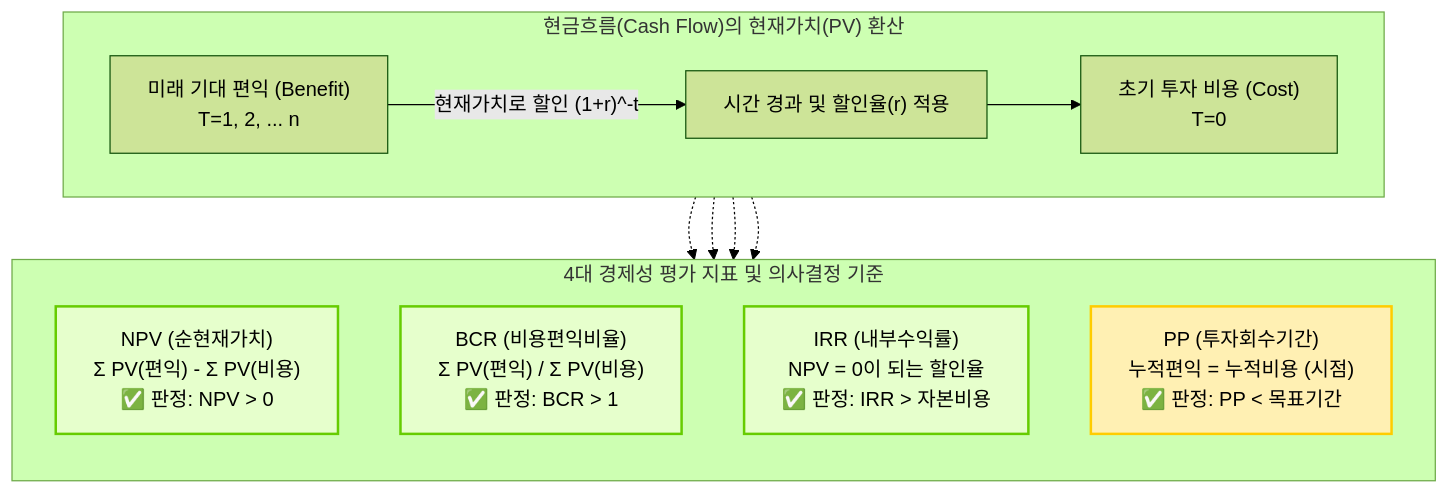
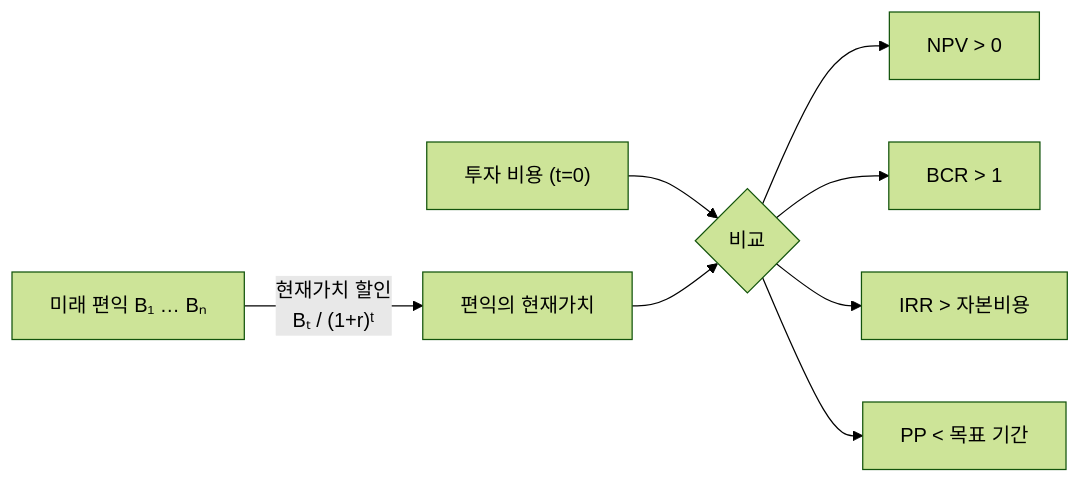
The diagram in content/01_IT Tech/경제성 분석 기법.md (supremethumb/supremethumb.github.io), drawn with Mermaid (forest theme) before and after one commit. The commit also changed other lines of this file and 1087 other files, not shown here.

````diff
--- a/content/01_IT Tech/경제성 분석 기법.md
+++ b/content/01_IT Tech/경제성 분석 기법.md
@@ -19,29 +112,10 @@
 ```mermaid
-flowchart TB
-    subgraph "현금흐름(Cash Flow)의 현재가치(PV) 환산"
-        direction LR
-        Cost["초기 투자 비용 (Cost)<br/>T=0"] 
-        Flow["시간 경과 및 할인율(r) 적용"]
-        Benefit["미래 기대 편익 (Benefit)<br/>T=1, 2, ... n"]
-        
-        Benefit --"현재가치로 할인 (1+r)^-t"--> Flow --> Cost
-    end
-
-    subgraph "4대 경제성 평가 지표 및 의사결정 기준"
-        direction TB
-        NPV["NPV (순현재가치)<br/>Σ PV(편익) - Σ PV(비용)<br/>✅ 판정: NPV > 0"]
-        BCR["BCR (비용편익비율)<br/>Σ PV(편익) / Σ PV(비용)<br/>✅ 판정: BCR > 1"]
-        IRR["IRR (내부수익률)<br/>NPV = 0이 되는 할인율<br/>✅ 판정: IRR > 자본비용"]
-        PP["PP (투자회수기간)<br/>누적편익 = 누적비용 (시점)<br/>✅ 판정: PP < 목표기간"]
-    end
-
-    Cost -.-> NPV
-    Cost -.-> BCR
-    Cost -.-> IRR
-    Cost -.-> PP
-    
-    style NPV fill:#e6ffcc,stroke:#66cc00,stroke-width:2px
-    style BCR fill:#e6ffcc,stroke:#66cc00,stroke-width:2px
-    style IRR fill:#e6ffcc,stroke:#66cc00,stroke-width:2px
-    style PP fill:#fff0b3,stroke:#ffcc00,stroke-width:2px
+flowchart LR
+    B["미래 편익 B₁ … Bₙ"] -->|"현재가치 할인<br/>Bₜ / (1+r)ᵗ"| PV["편익의 현재가치"]
+    C["투자 비용 (t=0)"] --> CMP{"비교"}
+    PV --> CMP
+    CMP --> NPV["NPV > 0"]
+    CMP --> BCR["BCR > 1"]
+    CMP --> IRR["IRR > 자본비용"]
+    CMP --> PP["PP < 목표 기간"]
 ```
````
